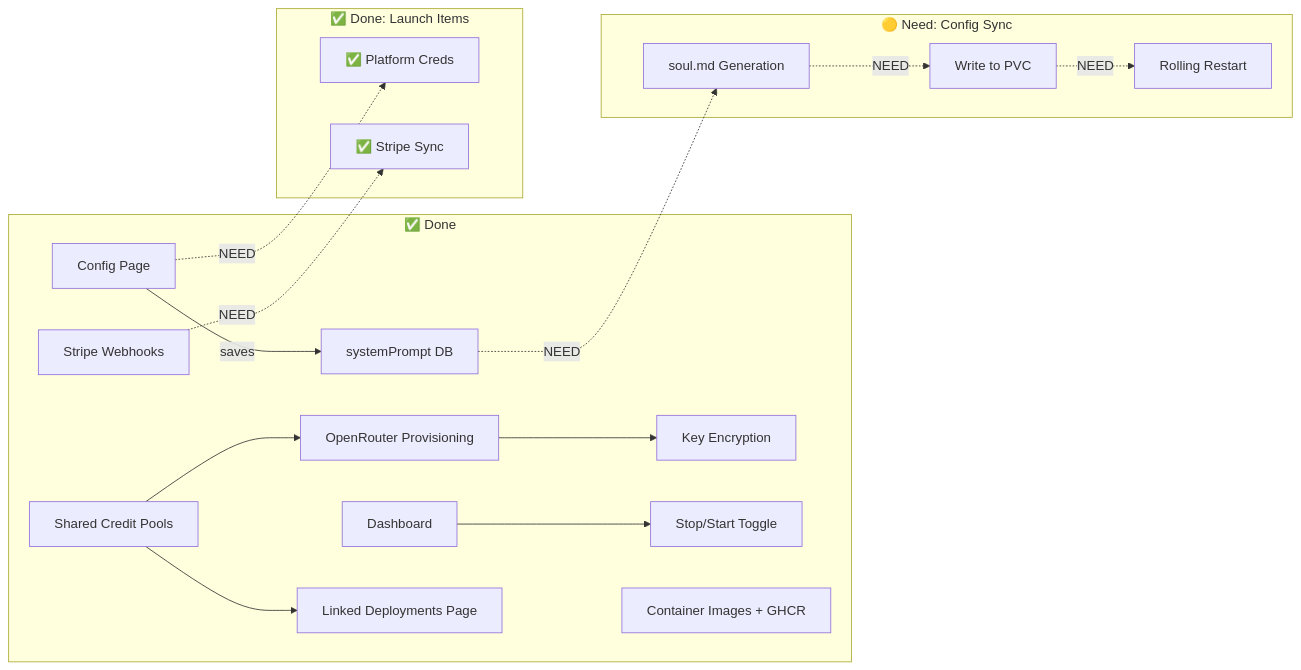
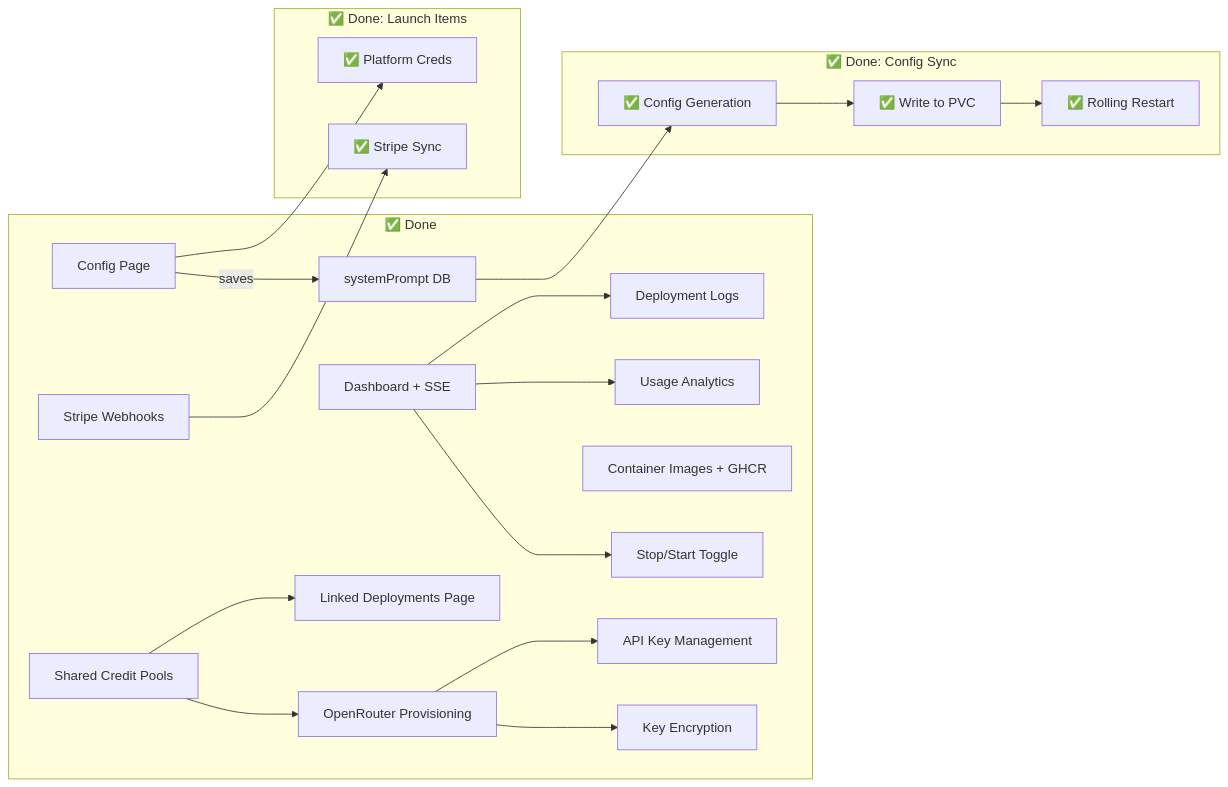
One commit to Bretthb/jarble changed diagram 14 of 15 in OVERVIEW.md. Above: the diagram before and after it, drawn with Mermaid. The commit also changed other lines of this file and 1 other file, not shown here.

````diff
--- a/OVERVIEW.md
+++ b/OVERVIEW.md
@@ -889,37 +926,43 @@
 ```mermaid
 flowchart LR
     subgraph Done["✅ Done"]
         CONFIG["Config Page"]
         SYSPROMPT["systemPrompt DB"]
         STRIPE["Stripe Webhooks"]
-        DASH["Dashboard"]
+        DASH["Dashboard + SSE"]
         CREDITPOOL["Shared Credit Pools"]
         ORPROV["OpenRouter Provisioning"]
         ENCRYPT["Key Encryption"]
         LINKED["Linked Deployments Page"]
         STOPSTART_DEP["Stop/Start Toggle"]
         GHCR_DEP["Container Images + GHCR"]
+        ANALYTICS_DEP["Usage Analytics"]
+        KEYMGMT_DEP["API Key Management"]
+        LOGS_DEP["Deployment Logs"]
     end
 
-    subgraph NeedSync["🟡 Need: Config Sync"]
-        SOULMD["soul.md Generation"]
-        PVCWRITE["Write to PVC"]
-        RESTART["Rolling Restart"]
+    subgraph DoneSync["✅ Done: Config Sync"]
+        SOULMD["✅ Config Generation"]
+        PVCWRITE["✅ Write to PVC"]
+        RESTART["✅ Rolling Restart"]
     end
 
     subgraph NeedLaunch["✅ Done: Launch Items"]
         PLATCREDS["✅ Platform Creds"]
         STRIPESYNC["✅ Stripe Sync"]
     end
 
     CONFIG -->|saves| SYSPROMPT
-    SYSPROMPT -.->|NEED| SOULMD
-    SOULMD -.->|NEED| PVCWRITE
-    PVCWRITE -.->|NEED| RESTART
+    SYSPROMPT --> SOULMD
+    SOULMD --> PVCWRITE
+    PVCWRITE --> RESTART
 
-    CONFIG -.->|NEED| PLATCREDS
-    STRIPE -.->|NEED| STRIPESYNC
+    CONFIG --> PLATCREDS
+    STRIPE --> STRIPESYNC
     CREDITPOOL --> ORPROV --> ENCRYPT
     CREDITPOOL --> LINKED
     DASH --> STOPSTART_DEP
+    ORPROV --> KEYMGMT_DEP
+    DASH --> ANALYTICS_DEP
+    DASH --> LOGS_DEP
 ```
````
